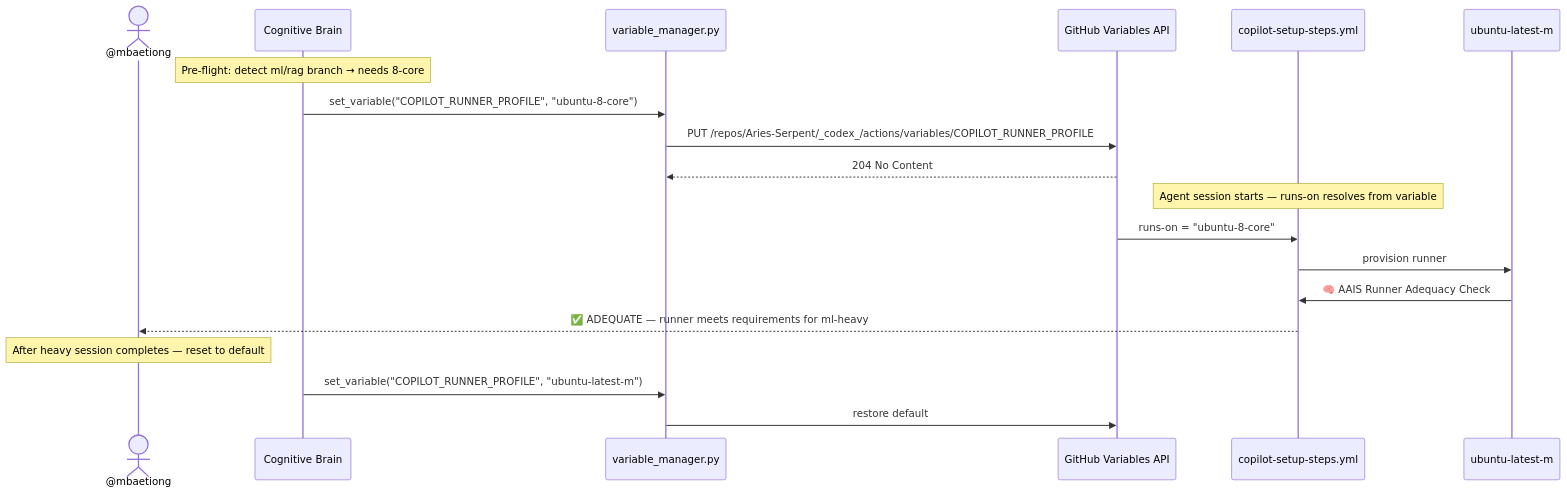
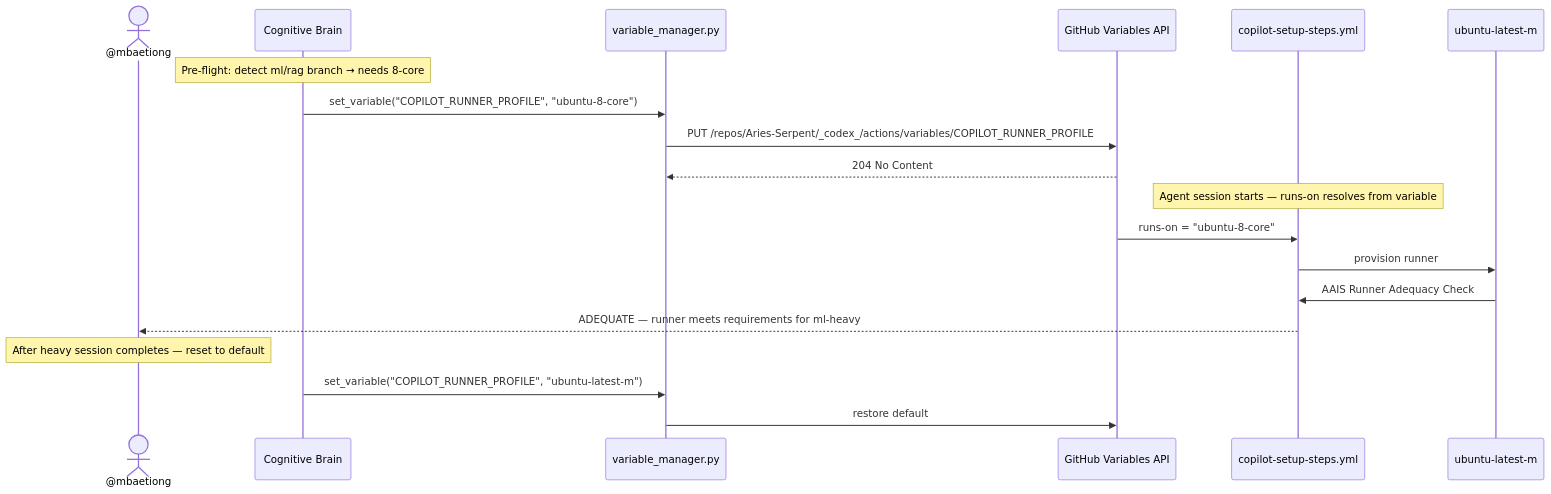
One commit to Aries-Serpent/_codex_ changed the third of 8 diagrams in docs/plans/larger-runners-upgrade.md. Above: the diagram before and after it, drawn with Mermaid. The commit also changed other lines of this file and 2029 other files, not shown here.

````diff
--- a/docs/plans/larger-runners-upgrade.md
+++ b/docs/plans/larger-runners-upgrade.md
@@ -156,28 +158,28 @@
 ```mermaid
 %%{init: {'accessibility': {'title': 'Sequence Diagram: >>VM: 204 No Content
 
     Note'}}%%
 sequenceDiagram
     actor Owner as @mbaetiong
     participant CB as Cognitive Brain
     participant VM as variable_manager.py
     participant GH as GitHub Variables API
     participant WF as copilot-setup-steps.yml
     participant Runner as ubuntu-latest-m
 
     Note over CB: Pre-flight: detect ml/rag branch → needs 8-core
     CB->>VM: set_variable("COPILOT_RUNNER_PROFILE", "ubuntu-8-core")
     VM->>GH: PUT /repos/Aries-Serpent/_codex_/actions/variables/COPILOT_RUNNER_PROFILE
     GH-->>VM: 204 No Content
 
     Note over WF: Agent session starts — runs-on resolves from variable
     GH->>WF: runs-on = "ubuntu-8-core"
     WF->>Runner: provision runner
 
-    Runner->>WF: 🧠 AAIS Runner Adequacy Check
-    WF-->>Owner: ✅ ADEQUATE — runner meets requirements for ml-heavy
+    Runner->>WF:  AAIS Runner Adequacy Check
+    WF-->>Owner:  ADEQUATE — runner meets requirements for ml-heavy
 
     Note over Owner: After heavy session completes — reset to default
     CB->>VM: set_variable("COPILOT_RUNNER_PROFILE", "ubuntu-latest-m")
     VM->>GH: restore default
 ```
````
